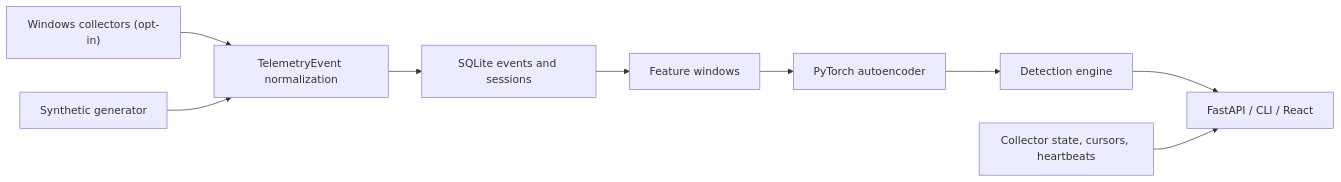
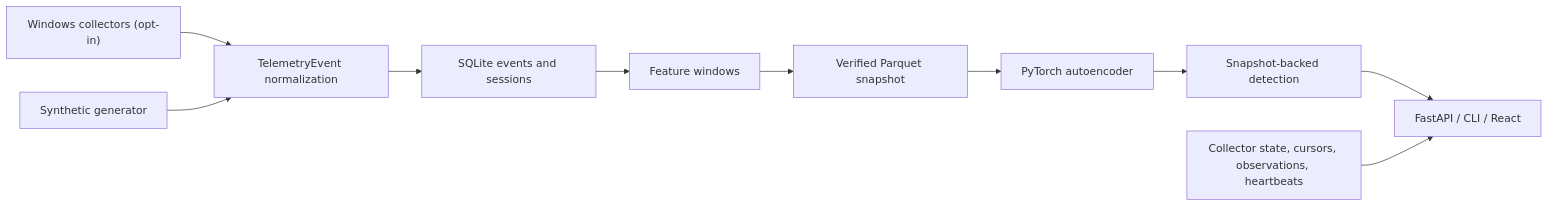
Before and after one commit to IskhakovMA/SentinelUEBA: the diagram in docs/ARCHITECTURE.md, drawn with Mermaid. The commit also changed other lines of this file and 20 other files, not shown here.

````diff
--- a/docs/ARCHITECTURE.md
+++ b/docs/ARCHITECTURE.md
@@ -9,11 +9,12 @@
 ```mermaid
 flowchart LR
   A["Windows collectors (opt-in)"] --> B["TelemetryEvent normalization"]
   C["Synthetic generator"] --> B
   B --> D["SQLite events and sessions"]
   D --> E["Feature windows"]
-  E --> F["PyTorch autoencoder"]
-  F --> G["Detection engine"]
+  E --> J["Verified Parquet snapshot"]
+  J --> F["PyTorch autoencoder"]
+  F --> G["Snapshot-backed detection"]
   G --> H["FastAPI / CLI / React"]
-  I["Collector state, cursors, heartbeats"] --> H
+  I["Collector state, cursors, observations, heartbeats"] --> H
 ```
````
